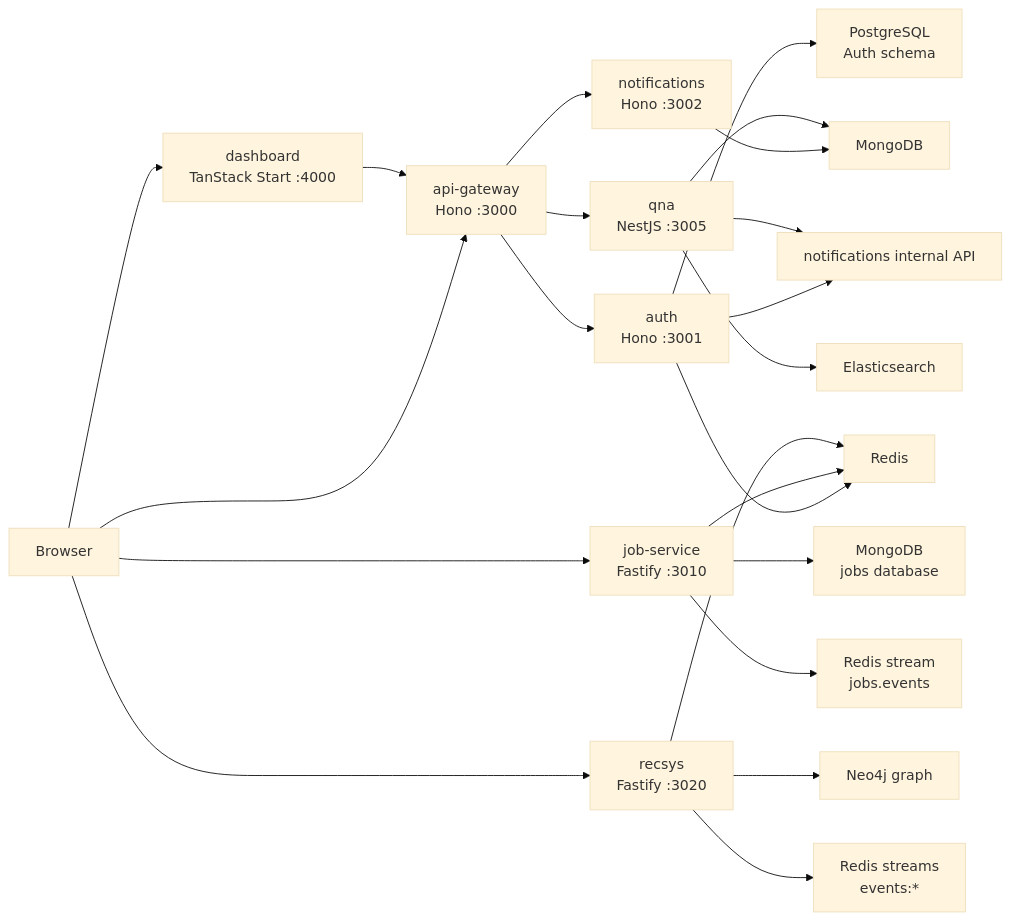
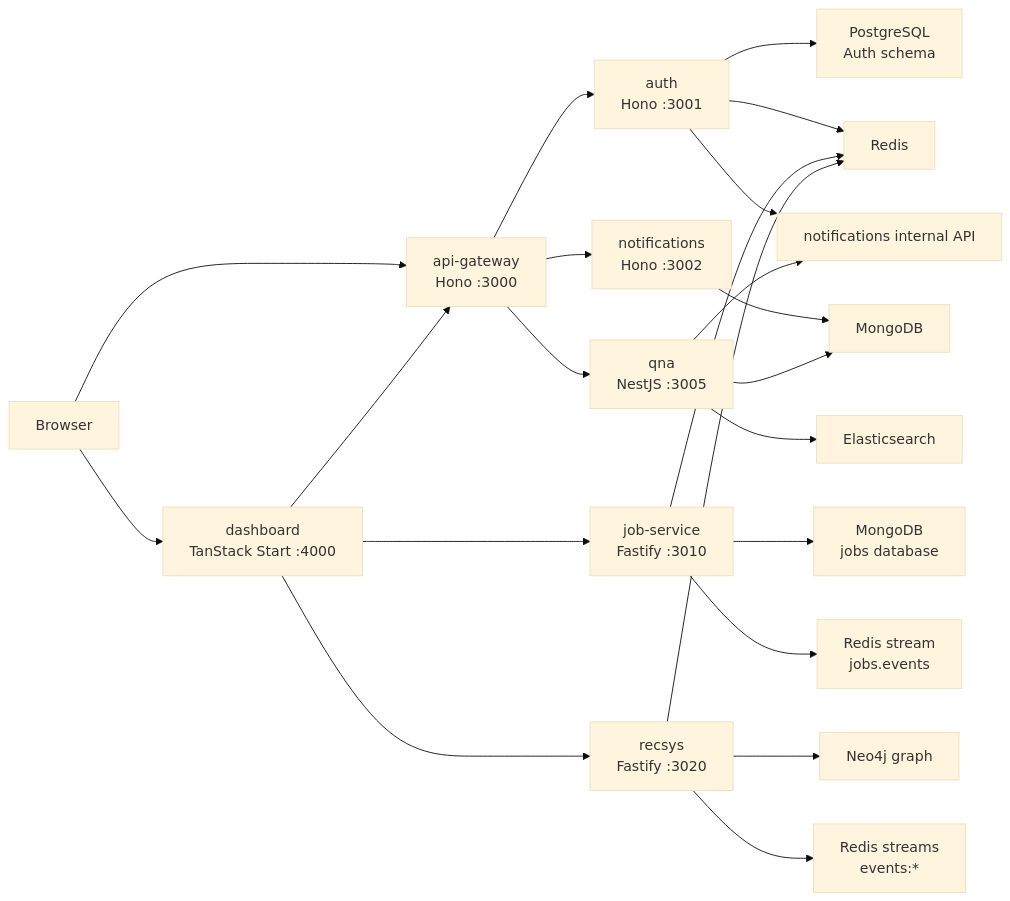
One commit to zgid123/master-project-advanced-database changed the first of 7 diagrams in ARCHITECTURE.md. Above: the diagram before and after it, drawn with Mermaid (base theme). The commit also changed other lines of this file and 58 other files, not shown here.

````diff
--- a/ARCHITECTURE.md
+++ b/ARCHITECTURE.md
@@ -17,29 +17,29 @@
 ```mermaid
 flowchart LR
   Browser["Browser"] --> Dashboard["dashboard\nTanStack Start :4000"]
   Browser --> Gateway["api-gateway\nHono :3000"]
-  Browser --> Jobs["job-service\nFastify :3010"]
-  Browser --> RecSys["recsys\nFastify :3020"]
 
   Dashboard --> Gateway
+  Dashboard --> Jobs["job-service\nFastify :3010"]
+  Dashboard --> RecSys["recsys\nFastify :3020"]
   Gateway --> Auth["auth\nHono :3001"]
   Gateway --> Notifications["notifications\nHono :3002"]
   Gateway --> Qna["qna\nNestJS :3005"]
 
   Auth --> AuthPg["PostgreSQL\nAuth schema"]
   Auth --> Redis["Redis"]
   Auth --> NotificationsInternal["notifications internal API"]
 
   Notifications --> Mongo["MongoDB"]
   Qna --> Mongo
   Qna --> Elasticsearch["Elasticsearch"]
   Qna --> NotificationsInternal
 
   Jobs --> JobsMongo["MongoDB\njobs database"]
   Jobs --> Redis
   Jobs --> JobsOutbox["Redis stream\njobs.events"]
 
   RecSys --> Neo4j["Neo4j graph"]
   RecSys --> Redis
   RecSys --> RecSysStreams["Redis streams\nevents:*"]
 ```
````
